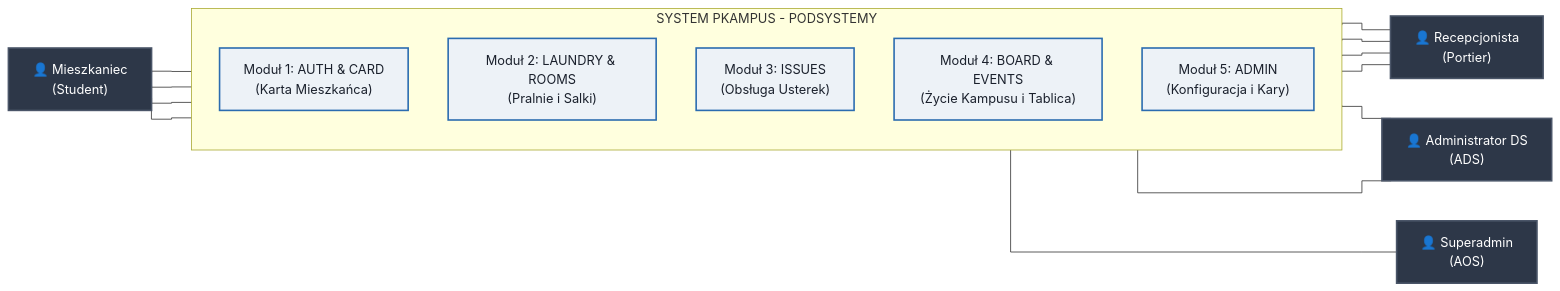
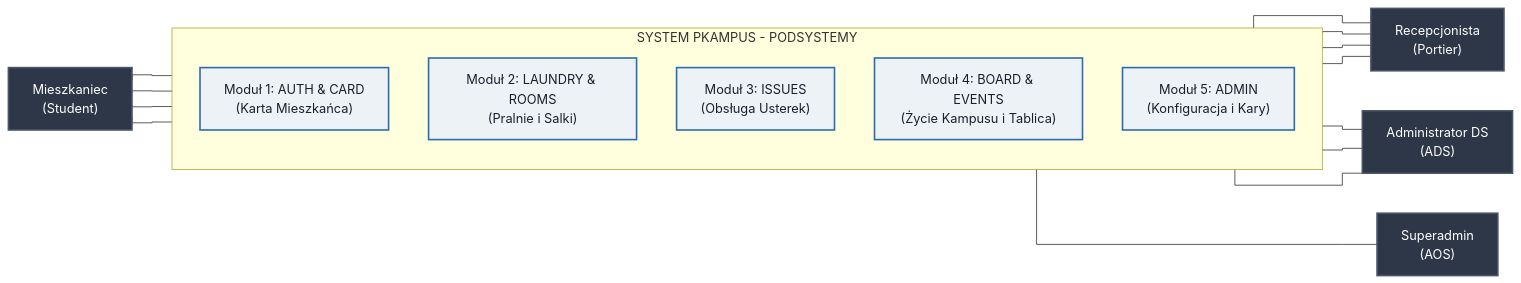
One commit to Buczy8/PKampus changed the first of 8 diagrams in Docs/Diagramy_Przypadkow_Uzycia.md. Above: the diagram before and after it, drawn with Mermaid. The commit also changed other lines of this file and 3 other files, not shown here.

Commit message:
docs: update use case and sequence diagrams for PKampus system, improve clarity and consistency

````diff
--- a/Docs/Diagramy_Przypadkow_Uzycia.md
+++ b/Docs/Diagramy_Przypadkow_Uzycia.md
@@ -17,39 +17,40 @@
 ```mermaid
 %%{init: {'flowchart': {'curve': 'stepBefore'}}}%%
 flowchart LR
     classDef studentStyle fill:#2d3748,stroke:#4a5568,stroke-width:2px,color:#fff;
     classDef staffStyle fill:#2d3748,stroke:#4a5568,stroke-width:2px,color:#fff;
     classDef moduleStyle fill:#edf2f7,stroke:#2b6cb0,stroke-width:2px,color:#1a202c;
 
-    Student["👤 Mieszkaniec<br/>(Student)"]:::studentStyle
+    Student["Mieszkaniec<br/>(Student)"]:::studentStyle
 
     subgraph Granica_Systemu ["SYSTEM PKAMPUS - PODSYSTEMY"]
         direction TB
         M1["Moduł 1: AUTH & CARD<br/>(Karta Mieszkańca)"]:::moduleStyle
         M2["Moduł 2: LAUNDRY & ROOMS<br/>(Pralnie i Salki)"]:::moduleStyle
         M3["Moduł 3: ISSUES<br/>(Obsługa Usterek)"]:::moduleStyle
         M4["Moduł 4: BOARD & EVENTS<br/>(Życie Kampusu i Tablica)"]:::moduleStyle
         M5["Moduł 5: ADMIN<br/>(Konfiguracja i Kary)"]:::moduleStyle
     end
 
-    Portier["👤 Recepcjonista<br/>(Portier)"]:::staffStyle
-    AdminDS["👤 Administrator DS<br/>(ADS)"]:::staffStyle
-    SuperAdmin["👤 Superadmin<br/>(AOS)"]:::staffStyle
+    Portier["Recepcjonista<br/>(Portier)"]:::staffStyle
+    AdminDS["Administrator DS<br/>(ADS)"]:::staffStyle
+    SuperAdmin["Superadmin<br/>(AOS)"]:::staffStyle
 
     %% Relacje Mieszkańca (lewa strona)
     Student --- M1
     Student --- M2
     Student --- M3
     Student --- M4
 
     %% Relacje Portiera (prawa strona - operacje codzienne i dyżurne)
     M1 --- Portier
     M2 --- Portier
     M3 --- Portier
     M4 --- Portier
 
     %% Relacje Administracji (prawa strona - nadzór i konfiguracja)
+    M2 --- AdminDS
     M4 --- AdminDS
     M5 --- AdminDS
     M5 --- SuperAdmin
 ```
````
